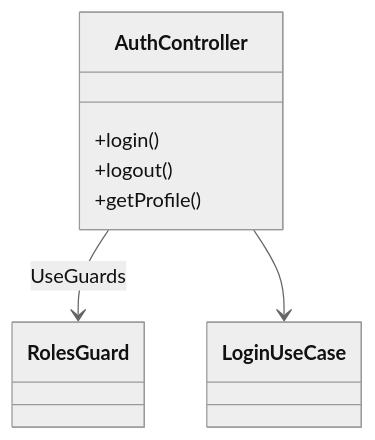
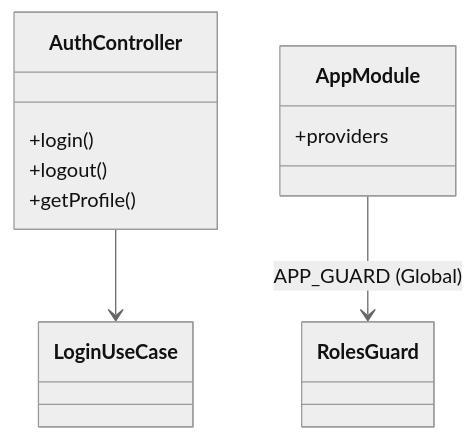
One commit to kencom2400/MrWebDefence-Console changed the second of 2 diagrams in docs/detailed-design/MWD-29_rbac-implementation/class-diagrams.md. Above: the diagram before and after it, drawn with Mermaid (neutral theme). The commit also changed other lines of this file and 4 other files, not shown here.

````diff
--- a/docs/detailed-design/MWD-29_rbac-implementation/class-diagrams.md
+++ b/docs/detailed-design/MWD-29_rbac-implementation/class-diagrams.md
@@ -47,17 +52,21 @@
 ```mermaid
 classDiagram
     class AuthController {
         +login()
         +logout()
         +getProfile()
     }
 
     class RolesGuard {
     }
+    
+    class AppModule {
+        +providers
+    }
 
     class LoginUseCase {
     }
 
-    AuthController --> RolesGuard : UseGuards
+    AppModule --> RolesGuard : APP_GUARD (Global)
     AuthController --> LoginUseCase
 ```
````
